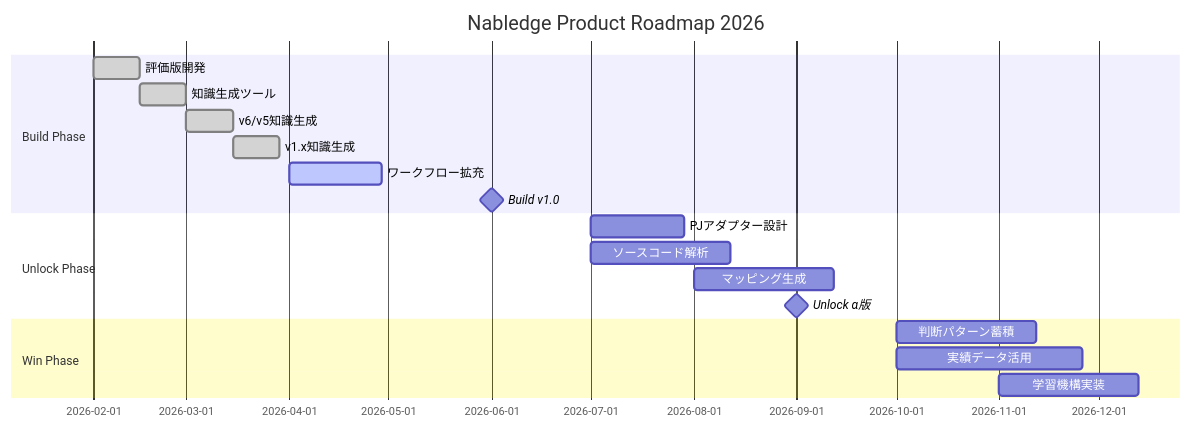
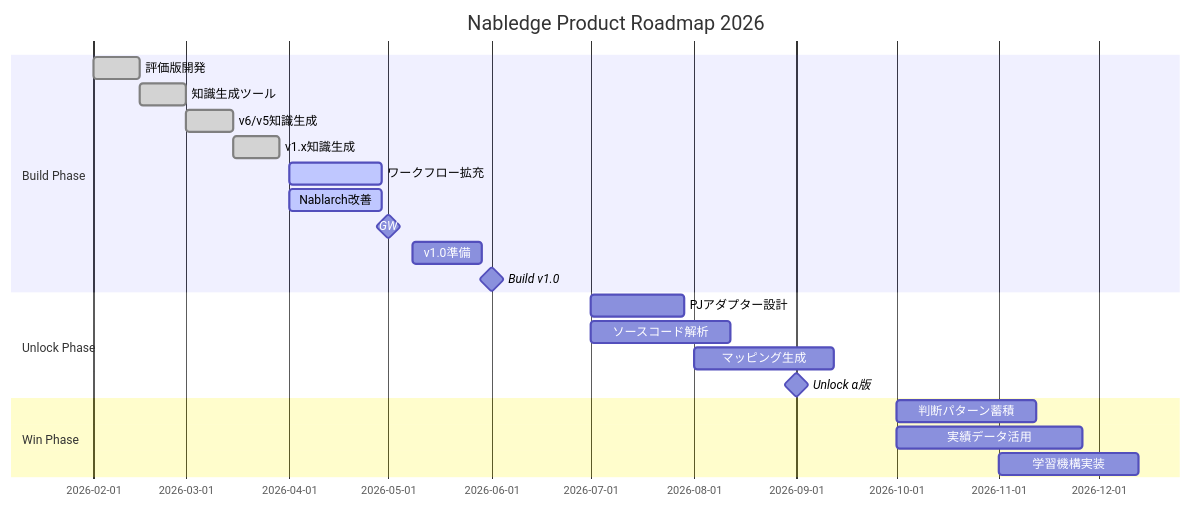
Before and after one commit to nablarch/nabledge-dev: the diagram in doc/development-status.md, drawn with Mermaid.

Commit message:
Add GW milestone and Nablarch improvements to roadmap
Changes:
- Add Nablarch改善 (4w in April, parallel to workflow expansion)
- Add GW milestone (May 1st)
- Add v1.0準備 (3w after GW, leading to v1.0 release)

Shows complete Build Phase timeline including holidays and preparation.

````diff
--- a/doc/development-status.md
+++ b/doc/development-status.md
@@ -19,24 +19,27 @@
 ```mermaid
 gantt
     title Nabledge Product Roadmap 2026
     dateFormat YYYY-MM-DD
 
     section Build Phase
     評価版開発                :done, 2026-02-01, 2w
     知識生成ツール            :done, 2026-02-15, 2w
     v6/v5知識生成            :done, 2026-03-01, 2w
     v1.x知識生成             :done, 2026-03-15, 2w
     ワークフロー拡充          :active, 2026-04-01, 4w
+    Nablarch改善             :active, 2026-04-01, 4w
+    GW                      :milestone, 2026-05-01, 0d
+    v1.0準備                :2026-05-08, 3w
     Build v1.0              :milestone, 2026-06-01, 0d
 
     section Unlock Phase
     PJアダプター設計          :2026-07-01, 4w
     ソースコード解析          :2026-07-01, 6w
     マッピング生成           :2026-08-01, 6w
     Unlock α版              :milestone, 2026-09-01, 0d
 
     section Win Phase
     判断パターン蓄積          :2026-10-01, 6w
     実績データ活用           :2026-10-01, 8w
     学習機構実装             :2026-11-01, 6w
 ```
````
